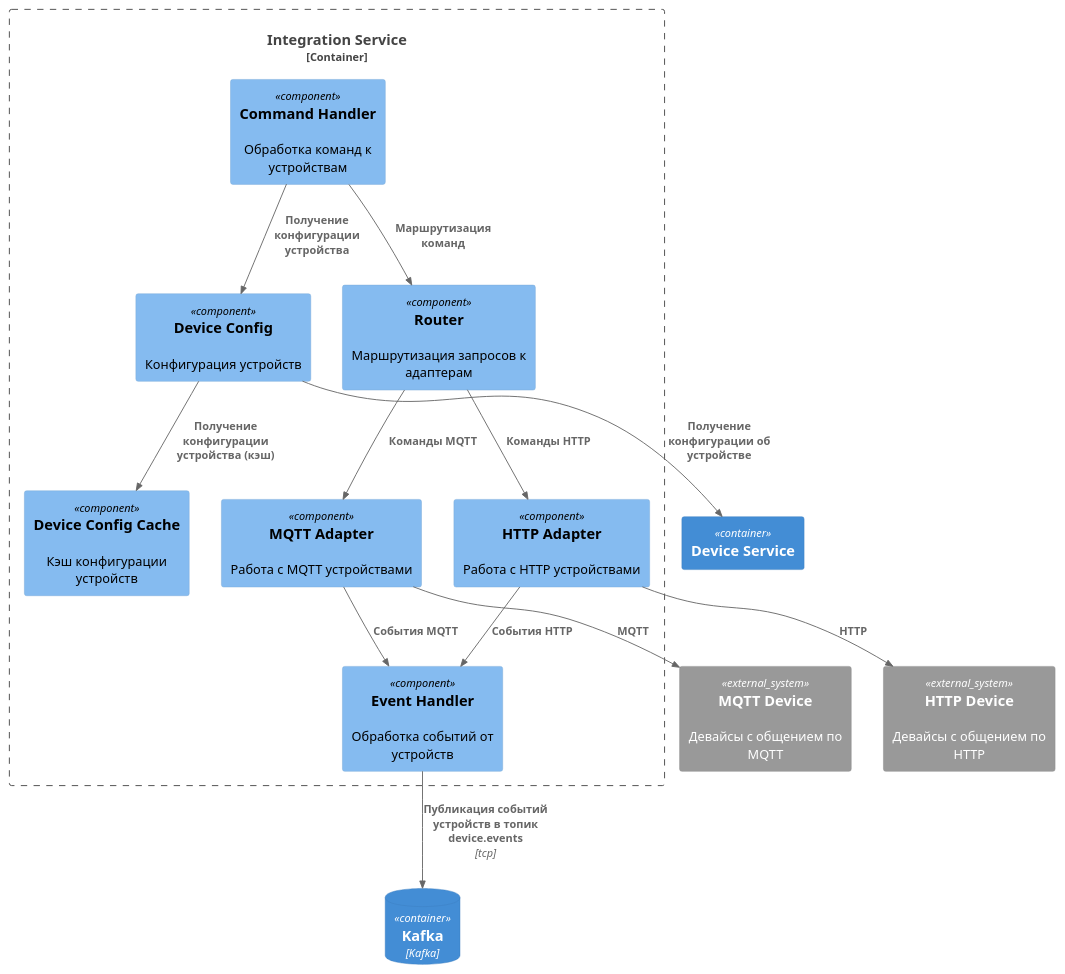
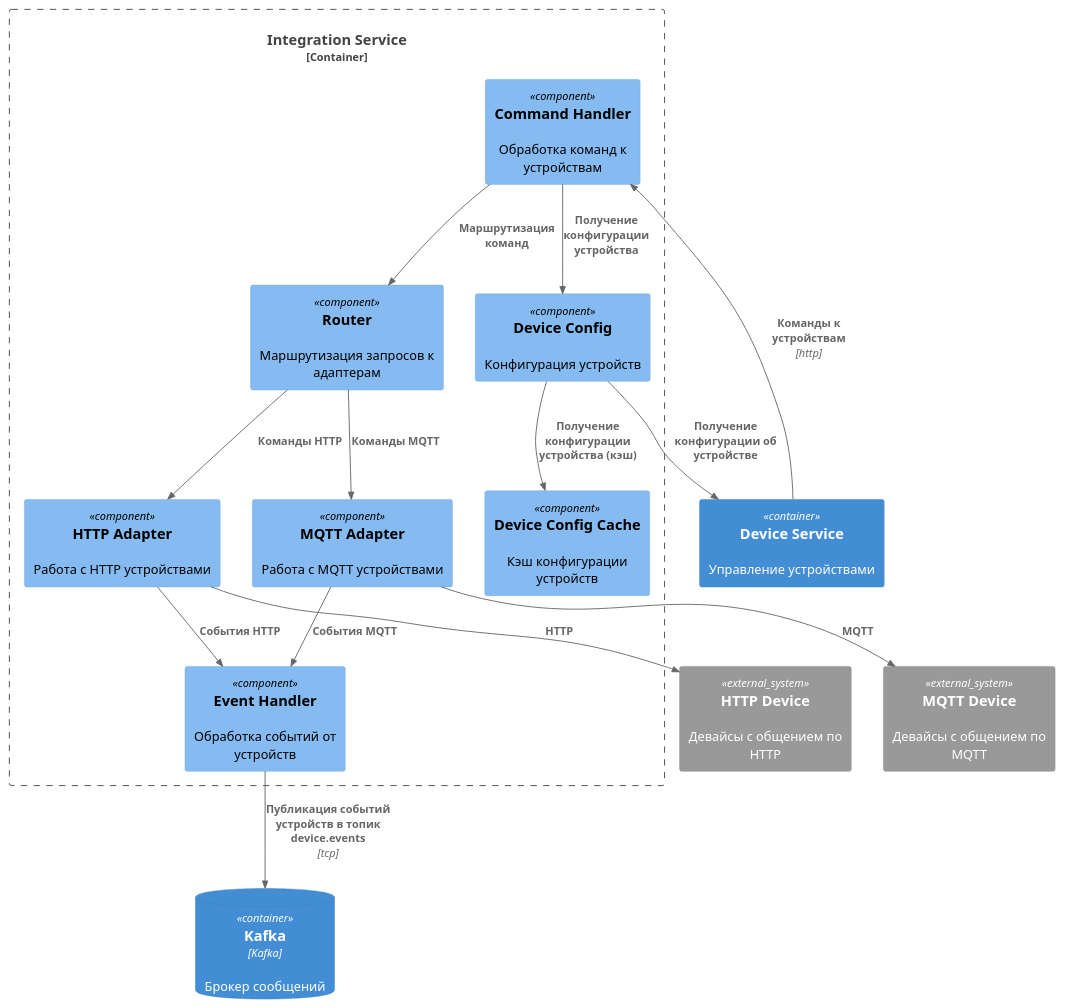
One commit to dengaleev/practicum-warmhouse changed the diagram in docs/2be_component_integration.puml. Above: the diagram before and after it, drawn with PlantUML. The commit also changed 3 other files, not shown here.

```diff
--- a/docs/2be_component_integration.puml
+++ b/docs/2be_component_integration.puml
@@ -4,38 +4,39 @@
 @startuml C4_Component_ToBeSystem_IntegrationService
 
 !include https://raw.githubusercontent.com/plantuml-stdlib/C4-PlantUML/master/C4_Component.puml
 
-Container(device_service, "Device Service", "", "")
-ContainerDb(kafka_device_events, "Kafka", "Kafka", "")
+Container(device_service, "Device Service", "", "Управление устройствами")
+ContainerDb(kafka_device_events, "Kafka", "Kafka", "Брокер сообщений")
 System_Ext(mqtt_device, "MQTT Device", "Девайсы с общением по MQTT")
 System_Ext(http_device, "HTTP Device", "Девайсы с общением по HTTP")
 
 Container_Boundary(integration_service, "Integration Service") {
     Component(command_handler, "Command Handler", "", "Обработка команд к устройствам")
     Component(event_handler, "Event Handler", "", "Обработка событий от устройств")
 
     Component(device_config, "Device Config", "", "Конфигурация устройств")
     Component(device_config_cache, "Device Config Cache", "", "Кэш конфигурации устройств")
     Component(router, "Router", "", "Маршрутизация запросов к адаптерам")
 
     Component(mqtt_adapter, "MQTT Adapter", "", "Работа с MQTT устройствами")
     Component(http_adapter, "HTTP Adapter", "", "Работа с HTTP устройствами")
 }
 
+Rel(device_service, command_handler, "Команды к устройствам", "http")
 Rel(command_handler, device_config, "Получение конфигурации устройства", "")
 Rel(device_config, device_config_cache, "Получение конфигурации устройства (кэш)", "")
 Rel(device_config, device_service, "Получение конфигурации об устройстве", "")
 
 Rel(command_handler, router, "Маршрутизация команд", "")
 Rel(router, mqtt_adapter, "Команды MQTT", "")
 Rel(router, http_adapter, "Команды HTTP", "")
 
 Rel(mqtt_adapter, mqtt_device, "MQTT")
 Rel(http_adapter, http_device, "HTTP")
 
 Rel(mqtt_adapter, event_handler, "События MQTT", "")
 Rel(http_adapter, event_handler, "События HTTP", "")
 
 Rel(event_handler, kafka_device_events, "Публикация событий устройств в топик device.events", "tcp")
 
 @enduml
```
